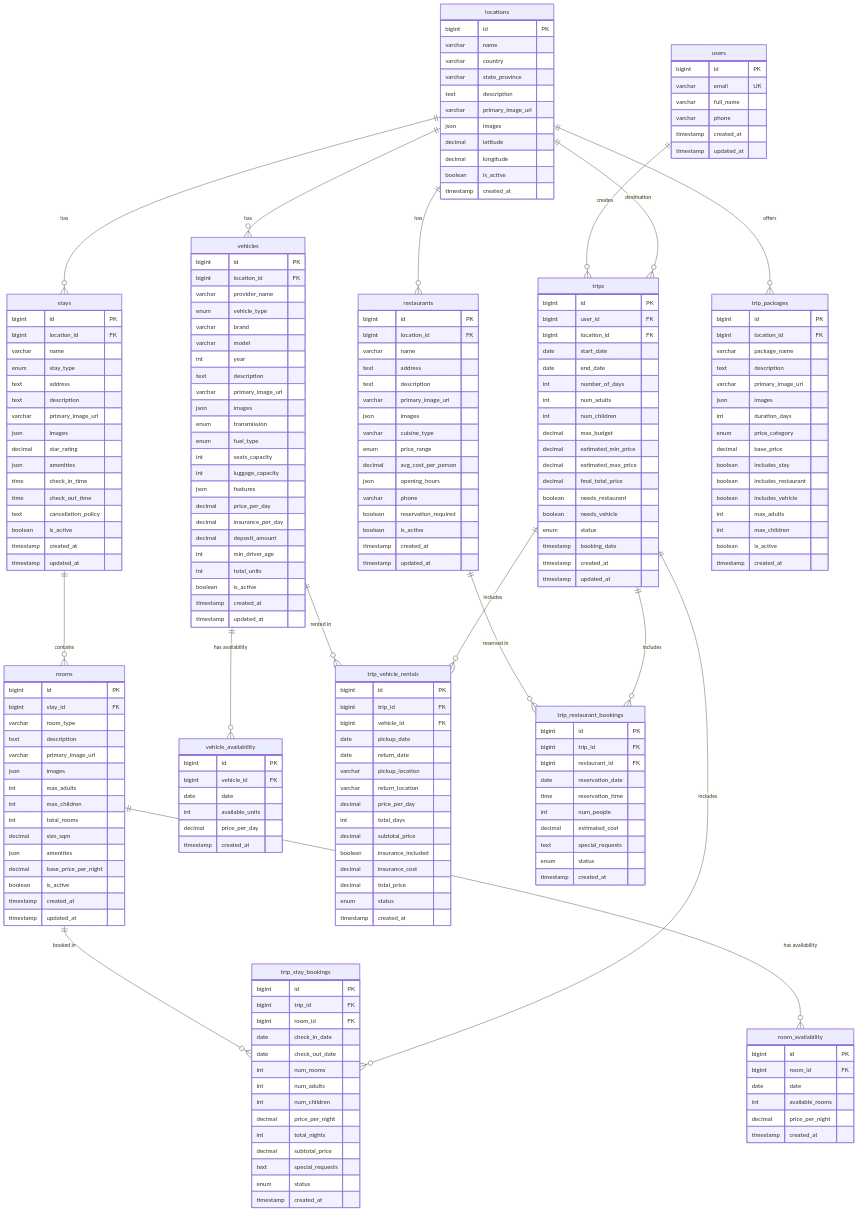
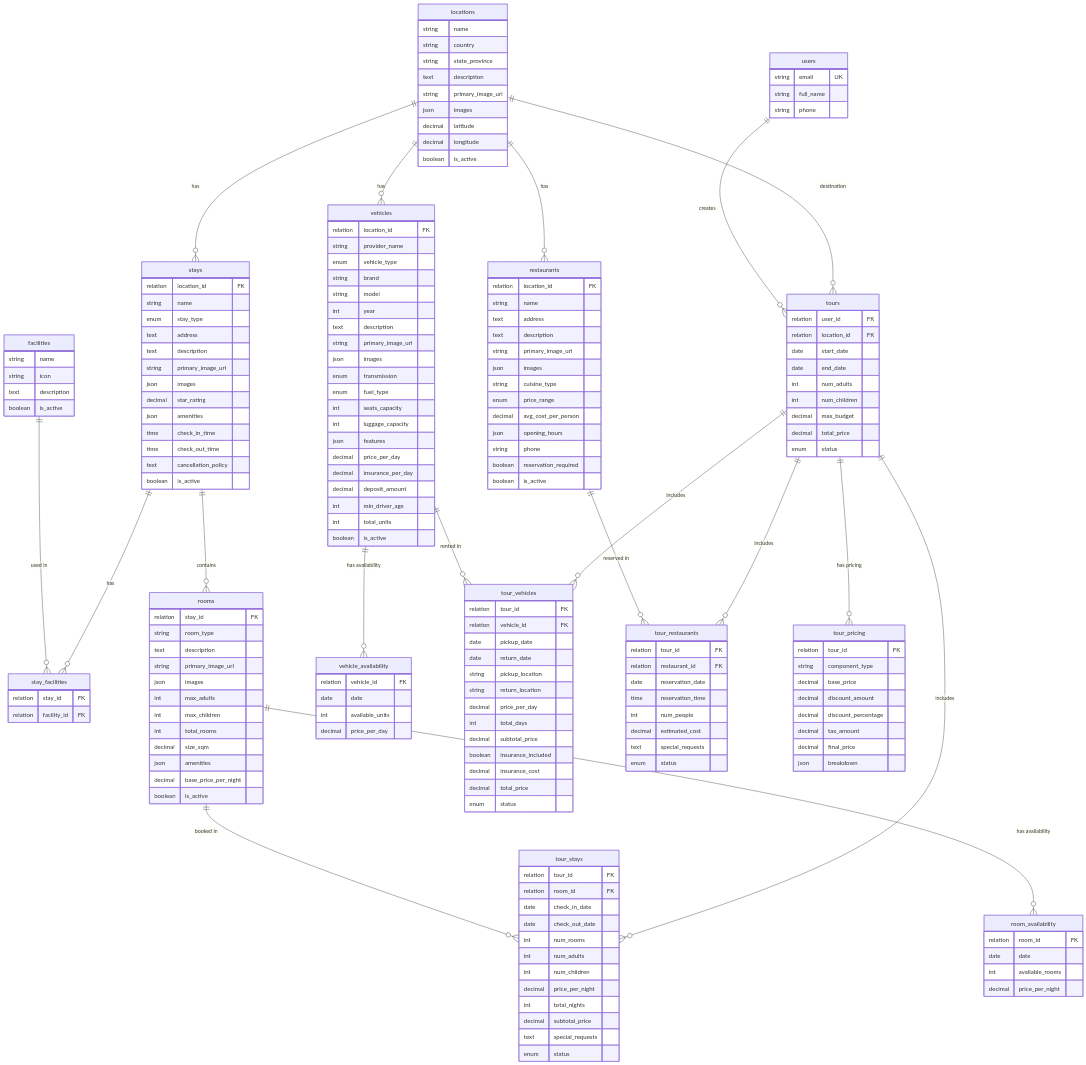
One commit to minhtanpham/travel-demo changed the diagram in backend/DB.md. Above: the diagram before and after it, drawn with Mermaid.

Commit message:
Update DB

````diff
--- a/backend/DB.md
+++ b/backend/DB.md
@@ -1,56 +1,61 @@
 ```mermaid
 erDiagram
-    users ||--o{ trips : creates
+    users ||--o{ tours : creates
     locations ||--o{ stays : "has"
     locations ||--o{ restaurants : "has"
     locations ||--o{ vehicles : "has"
-    locations ||--o{ trip_packages : "offers"
-    locations ||--o{ trips : "destination"
+    locations ||--o{ tours : "destination"
 
+    facilities ||--o{ stay_facilities : "used in"
+    stays ||--o{ stay_facilities : "has"
     stays ||--o{ rooms : contains
+
     rooms ||--o{ room_availability : "has availability"
-    rooms ||--o{ trip_stay_bookings : "booked in"
+    rooms ||--o{ tour_stays : "booked in"
 
     vehicles ||--o{ vehicle_availability : "has availability"
-    vehicles ||--o{ trip_vehicle_rentals : "rented in"
+    vehicles ||--o{ tour_vehicles : "rented in"
 
-    restaurants ||--o{ trip_restaurant_bookings : "reserved in"
+    restaurants ||--o{ tour_restaurants : "reserved in"
 
-    trips ||--o{ trip_stay_bookings : includes
-    trips ||--o{ trip_restaurant_bookings : includes
-    trips ||--o{ trip_vehicle_rentals : includes
+    tours ||--o{ tour_stays : includes
+    tours ||--o{ tour_restaurants : includes
+    tours ||--o{ tour_vehicles : includes
+
+    tours ||--o{ tour_pricing : "has pricing"
 
     users {
-        bigint id PK
-        varchar email UK
-        varchar full_name
-        varchar phone
-        timestamp created_at
-        timestamp updated_at
+        string email UK
+        string full_name
+        string phone
     }
 
     locations {
-        bigint id PK
-        varchar name
-        varchar country
-        varchar state_province
+        string name
+        string country
+        string state_province
         text description
-        varchar primary_image_url
+        string primary_image_url
         json images
         decimal latitude
         decimal longitude
         boolean is_active
-        timestamp created_at
+    }
+
+    facilities {
+        string name
+        string icon
+        text description
+        boolean is_active
     }
 
     stays {
-        bigint id PK
-        bigint location_id FK
-        varchar name
+        relation location_id FK
+        string name
         enum stay_type
         text address
         text description
-        varchar primary_image_url
+        string primary_image_url
         json images
         decimal star_rating
         json amenities
@@ -58,16 +63,18 @@
         time check_out_time
         text cancellation_policy
         boolean is_active
-        timestamp created_at
-        timestamp updated_at
+    }
+
+    stay_facilities {
+        relation stay_id FK
+        relation facility_id FK
     }
 
     rooms {
-        bigint id PK
-        bigint stay_id FK
-        varchar room_type
+        relation stay_id FK
+        string room_type
         text description
-        varchar primary_image_url
+        string primary_image_url
         json images
         int max_adults
         int max_children
@@ -76,48 +83,40 @@
         json amenities
         decimal base_price_per_night
         boolean is_active
-        timestamp created_at
-        timestamp updated_at
     }
 
     room_availability {
-        bigint id PK
-        bigint room_id FK
+        relation room_id FK
         date date
         int available_rooms
         decimal price_per_night
-        timestamp created_at
     }
 
     restaurants {
-        bigint id PK
-        bigint location_id FK
-        varchar name
+        relation location_id FK
+        string name
         text address
         text description
-        varchar primary_image_url
+        string primary_image_url
         json images
-        varchar cuisine_type
+        string cuisine_type
         enum price_range
         decimal avg_cost_per_person
         json opening_hours
-        varchar phone
+        string phone
         boolean reservation_required
         boolean is_active
-        timestamp created_at
-        timestamp updated_at
     }
 
     vehicles {
-        bigint id PK
-        bigint location_id FK
-        varchar provider_name
+        relation location_id FK
+        string provider_name
         enum vehicle_type
-        varchar brand
-        varchar model
+        string brand
+        string model
         int year
         text description
-        varchar primary_image_url
+        string primary_image_url
         json images
         enum transmission
         enum fuel_type
@@ -130,44 +129,30 @@
         int min_driver_age
         int total_units
         boolean is_active
-        timestamp created_at
-        timestamp updated_at
     }
 
     vehicle_availability {
-        bigint id PK
-        bigint vehicle_id FK
+        relation vehicle_id FK
         date date
         int available_units
         decimal price_per_day
-        timestamp created_at
     }
 
-    trips {
-        bigint id PK
-        bigint user_id FK
-        bigint location_id FK
+    tours {
+        relation user_id FK
+        relation location_id FK
         date start_date
         date end_date
-        int number_of_days
         int num_adults
         int num_children
         decimal max_budget
-        decimal estimated_min_price
-        decimal estimated_max_price
-        decimal final_total_price
-        boolean needs_restaurant
-        boolean needs_vehicle
+        decimal total_price
         enum status
-        timestamp booking_date
-        timestamp created_at
-        timestamp updated_at
     }
 
-    trip_stay_bookings {
-        bigint id PK
-        bigint trip_id FK
-        bigint room_id FK
+    tour_stays {
+        relation tour_id FK
+        relation room_id FK
         date check_in_date
         date check_out_date
         int num_rooms
@@ -178,30 +163,26 @@
         decimal subtotal_price
         text special_requests
         enum status
-        timestamp created_at
     }
 
-    trip_restaurant_bookings {
-        bigint id PK
-        bigint trip_id FK
-        bigint restaurant_id FK
+    tour_restaurants {
+        relation tour_id FK
+        relation restaurant_id FK
         date reservation_date
         time reservation_time
         int num_people
         decimal estimated_cost
         text special_requests
         enum status
-        timestamp created_at
     }
 
-    trip_vehicle_rentals {
-        bigint id PK
-        bigint trip_id FK
-        bigint vehicle_id FK
+    tour_vehicles {
+        relation tour_id FK
+        relation vehicle_id FK
         date pickup_date
         date return_date
-        varchar pickup_location
-        varchar return_location
+        string pickup_location
+        string return_location
         decimal price_per_day
         int total_days
         decimal subtotal_price
@@ -209,25 +190,16 @@
         decimal insurance_cost
         decimal total_price
         enum status
-        timestamp created_at
     }
 
-    trip_packages {
-        bigint id PK
-        bigint location_id FK
-        varchar package_name
-        text description
-        varchar primary_image_url
-        json images
-        int duration_days
-        enum price_category
+    tour_pricing {
+        relation tour_id FK
+        string component_type
         decimal base_price
-        boolean includes_stay
-        boolean includes_restaurant
-        boolean includes_vehicle
-        int max_adults
-        int max_children
-        boolean is_active
-        timestamp created_at
+        decimal discount_amount
+        decimal discount_percentage
+        decimal tax_amount
+        decimal final_price
+        json breakdown
     }
 ```
````
